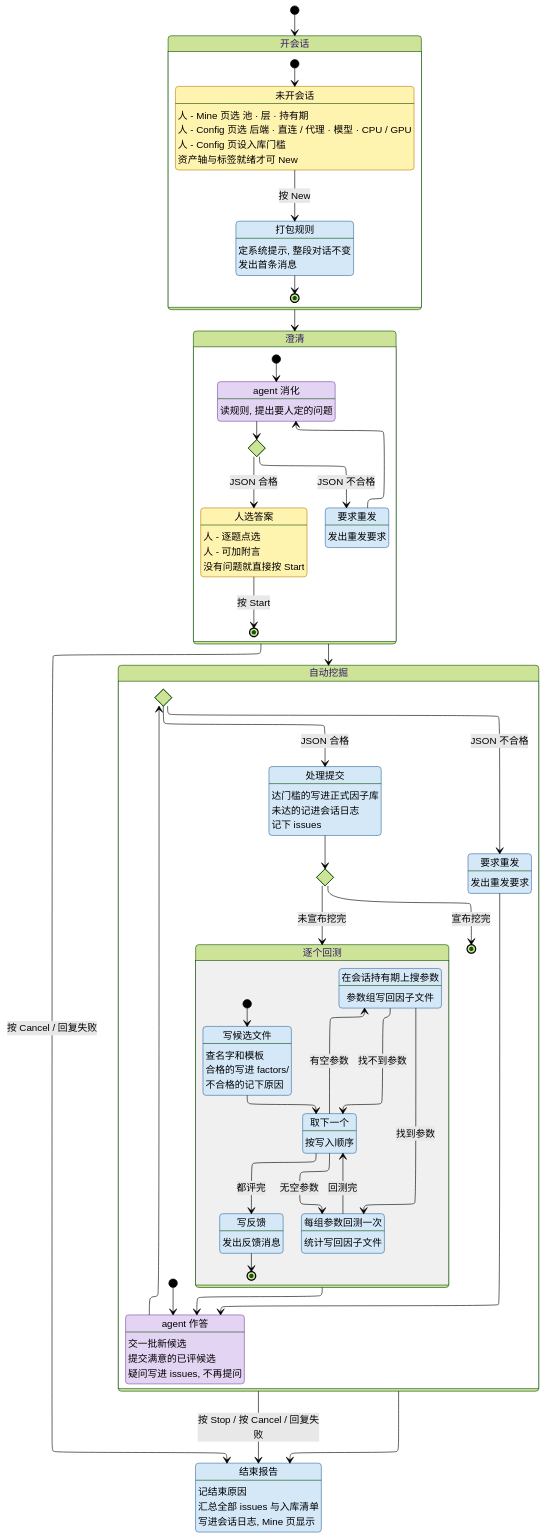
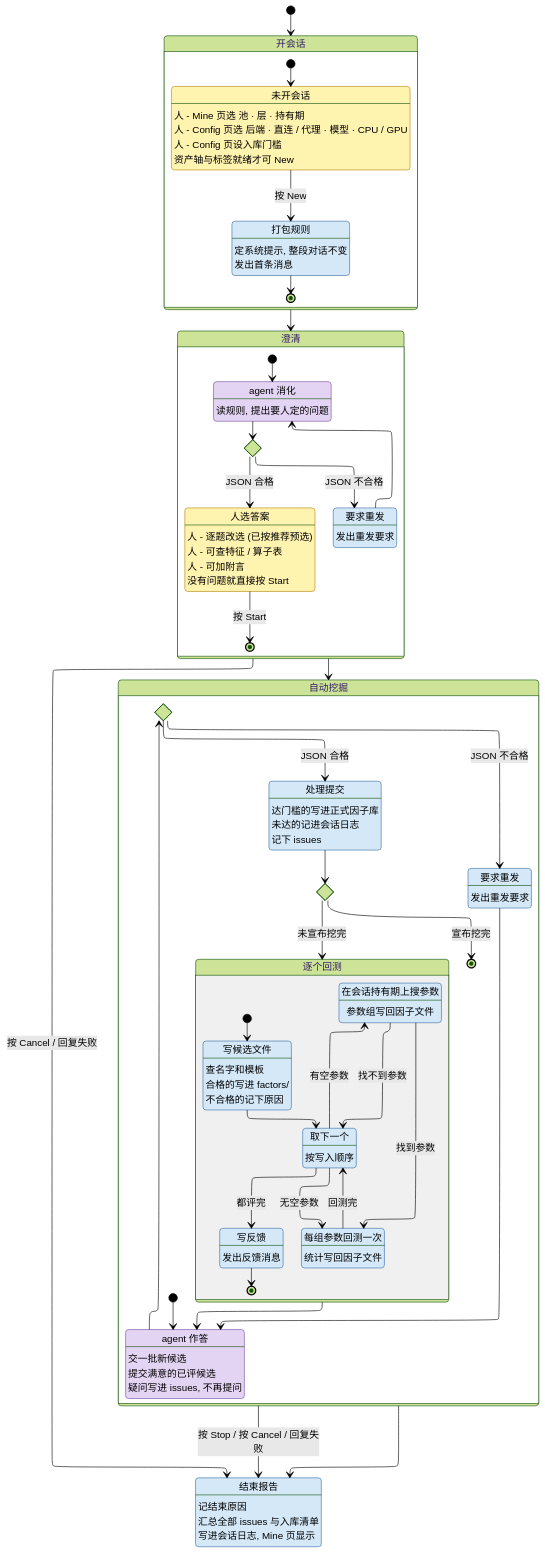
The diagram in AGENT.md (CoCoMilkyWay/stk), drawn with Mermaid (forest theme) before and after one commit. The commit also changed other lines of this file and 36 other files, not shown here.

```diff
--- a/AGENT.md
+++ b/AGENT.md
@@ -58,7 +59,8 @@
         state "要求重发" as QRetry
         QRetry : 发出重发要求
         state "人选答案" as Choose
-        Choose : 人 - 逐题点选
+        Choose : 人 - 逐题改选 (已按推荐预选)
+        Choose : 人 - 可查特征 / 算子表
         Choose : 人 - 可加附言
         Choose : 没有问题就直接按 Start
 
```
